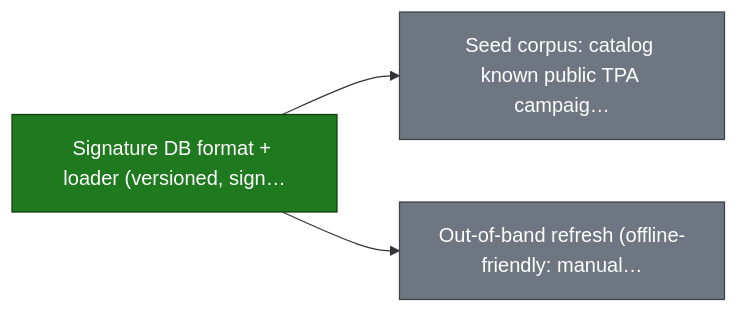
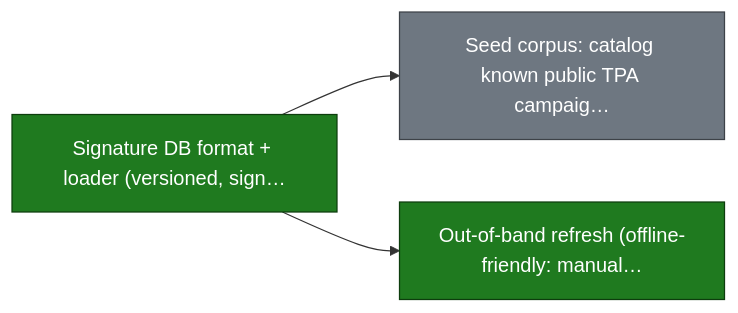
One commit to smart-mcp-proxy/mcpproxy-go changed the fifth of 26 diagrams in ROADMAP.md. Above: the diagram before and after it, drawn with Mermaid. The commit also changed other lines of this file and 2 other files, not shown here.

Commit message:
docs(specs): tick Spec 101 US3 tasks and mark tpa-db-refresh done

````diff
--- a/ROADMAP.md
+++ b/ROADMAP.md
@@ -230,14 +230,14 @@
 ```mermaid
 graph LR
   tpa_db_format["Signature DB format + loader (versioned, sign…"]
   tpa_db_corpus["Seed corpus: catalog known public TPA campaig…"]
   tpa_db_refresh["Out-of-band refresh (offline-friendly: manual…"]
 
   tpa_db_format --> tpa_db_corpus
   tpa_db_format --> tpa_db_refresh
 
   classDef done fill:#1f7a1f,stroke:#0d3d0d,color:#ffffff;
   classDef todo fill:#6e7781,stroke:#3d4248,color:#ffffff;
-  class tpa_db_format done;
-  class tpa_db_corpus,tpa_db_refresh todo;
+  class tpa_db_format,tpa_db_refresh done;
+  class tpa_db_corpus todo;
 ```
````
